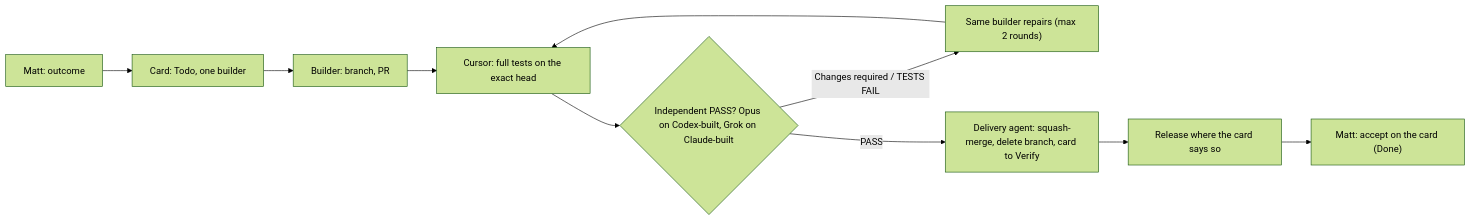
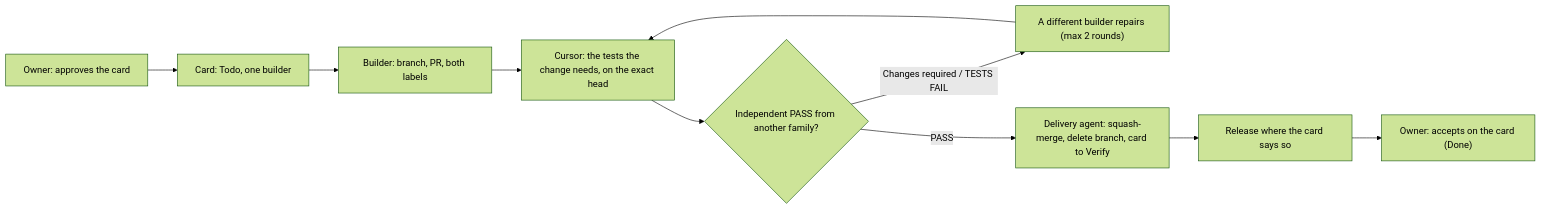
One commit to Maho1975/project-template changed the diagram in AGENTS.md. Above: the diagram before and after it, drawn with Mermaid (forest theme). The commit also changed other lines of this file and 7 other files, not shown here.

First line of the commit message:
Delivery workflow: different-builder repairs, stall alerts, scoped tests, model-agnostic config

````diff
--- a/AGENTS.md
+++ b/AGENTS.md
@@ -21,12 +21,12 @@
 ```mermaid
 flowchart LR
-    A["Matt: outcome"] --> B["Card: Todo, one builder"]
-    B --> C["Builder: branch, PR"]
-    C --> D["Cursor: full tests on the exact head"]
-    D --> E{"Independent PASS? Opus on Codex-built, Grok on Claude-built"}
-    E -- "Changes required / TESTS FAIL" --> F["Same builder repairs (max 2 rounds)"]
+    A["Owner: approves the card"] --> B["Card: Todo, one builder"]
+    B --> C["Builder: branch, PR, both labels"]
+    C --> D["Cursor: the tests the change needs, on the exact head"]
+    D --> E{"Independent PASS from another family?"}
+    E -- "Changes required / TESTS FAIL" --> F["A different builder repairs (max 2 rounds)"]
     F --> D
     E -- PASS --> G["Delivery agent: squash-merge, delete branch, card to Verify"]
     G --> H["Release where the card says so"]
-    H --> I["Matt: accept on the card (Done)"]
+    H --> I["Owner: accepts on the card (Done)"]
 ```
````
